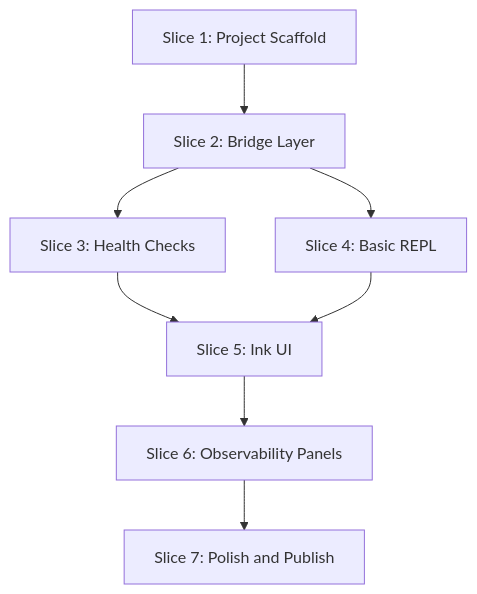
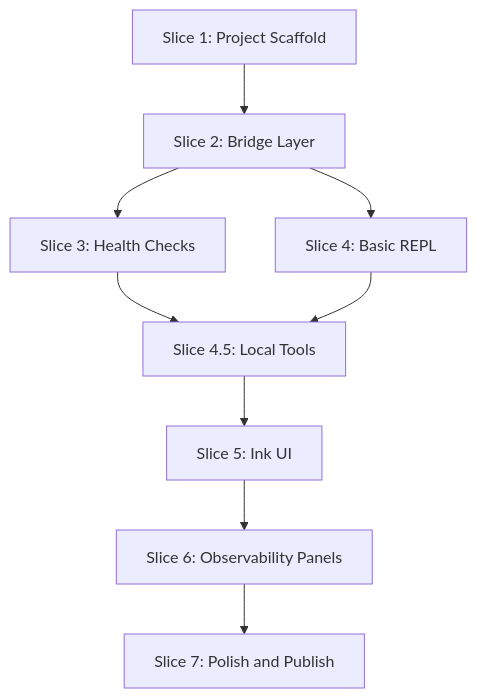
One commit to mieweb/jerry changed the diagram in docs/plans/phase-3.md. Above: the diagram before and after it, drawn with Mermaid. The commit also changed other lines of this file, not shown here.

````diff
--- a/docs/plans/phase-3.md
+++ b/docs/plans/phase-3.md
@@ -205,10 +205,11 @@
 ```mermaid
 flowchart TD
     S1[Slice 1: Project Scaffold] --> S2[Slice 2: Bridge Layer]
     S2 --> S3[Slice 3: Health Checks]
     S2 --> S4[Slice 4: Basic REPL]
-    S3 --> S5[Slice 5: Ink UI]
-    S4 --> S5
+    S3 --> S4_5[Slice 4.5: Local Tools]
+    S4 --> S4_5
+    S4_5 --> S5[Slice 5: Ink UI]
     S5 --> S6[Slice 6: Observability Panels]
     S6 --> S7[Slice 7: Polish and Publish]
 ```
````
